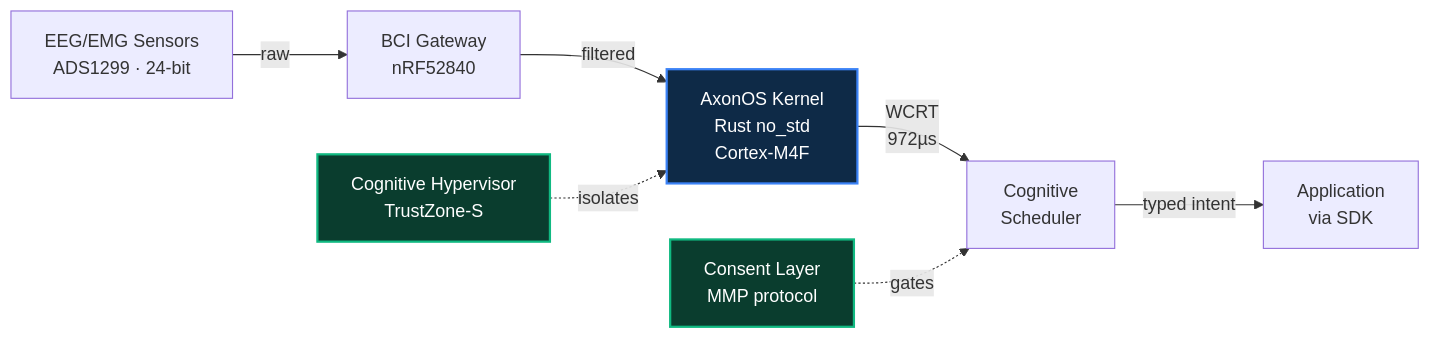
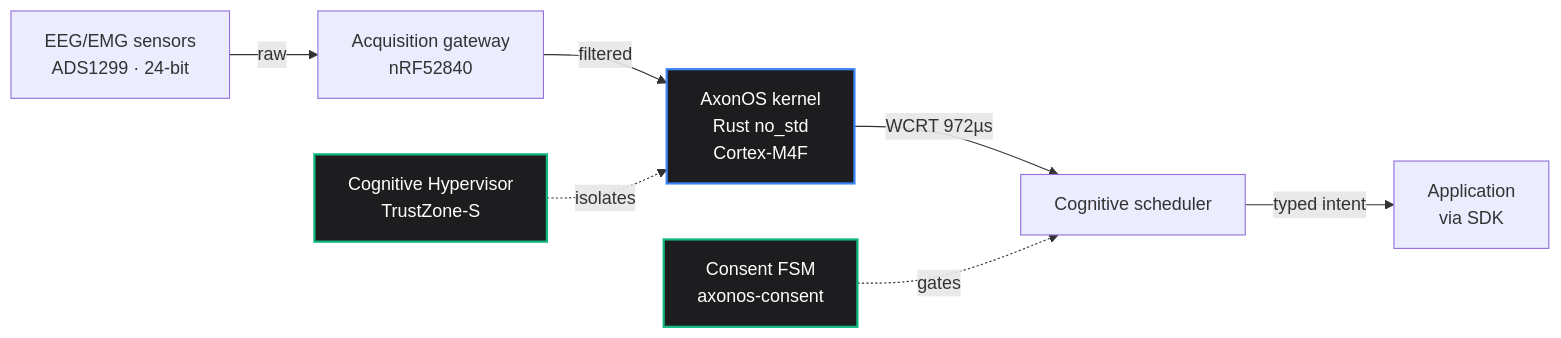
The diagram in profile/README.md (AxonOS-org/.github), drawn with Mermaid before and after one commit. The commit also changed other lines of this file and 7 other files, not shown here.

Commit message:
profile: Apple-style refresh — add axonos-standard, fix kernel casing, drop MMP/v0.4.0, unify email to connect@

````diff
--- a/profile/README.md
+++ b/profile/README.md
@@ -120,14 +99,14 @@
 ```mermaid
 flowchart LR
-    A[EEG/EMG Sensors<br/>ADS1299 · 24-bit] -->|raw| B[BCI Gateway<br/>nRF52840]
-    B -->|filtered| C[AxonOS Kernel<br/>Rust no_std<br/>Cortex-M4F]
-    C -->|WCRT<br/>972µs| D[Cognitive<br/>Scheduler]
+    A[EEG/EMG sensors<br/>ADS1299 · 24-bit] -->|raw| B[Acquisition gateway<br/>nRF52840]
+    B -->|filtered| C[AxonOS kernel<br/>Rust no_std<br/>Cortex-M4F]
+    C -->|WCRT 972µs| D[Cognitive scheduler]
     D -->|typed intent| E[Application<br/>via SDK]
     F[Cognitive Hypervisor<br/>TrustZone-S] -.->|isolates| C
-    G[Consent Layer<br/>MMP protocol] -.->|gates| D
+    G[Consent FSM<br/>axonos-consent] -.->|gates| D
 
-    classDef kernel fill:#0e2a47,stroke:#3b82f6,color:#fff,stroke-width:2px
-    classDef secure fill:#0a3d2e,stroke:#10b981,color:#fff,stroke-width:2px
+    classDef kernel fill:#1d1d1f,stroke:#3b82f6,color:#fff,stroke-width:2px
+    classDef secure fill:#1d1d1f,stroke:#10b981,color:#fff,stroke-width:2px
     class C kernel
     class F,G secure
 ```
````
